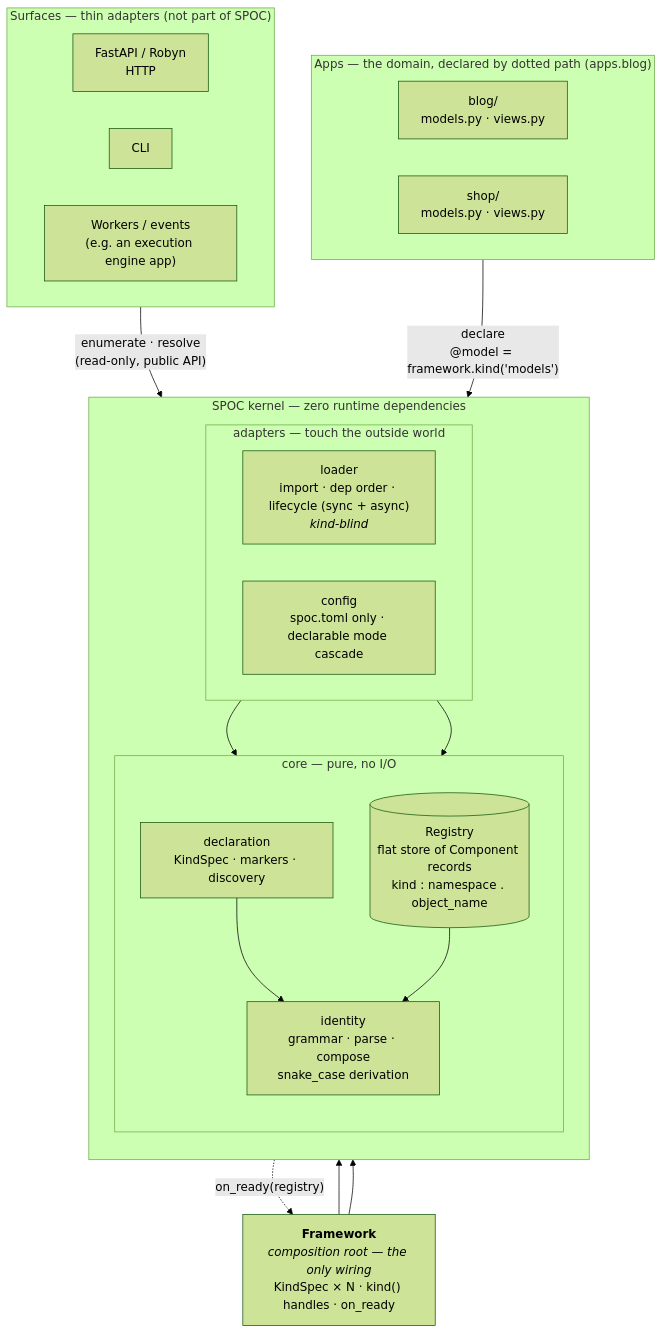
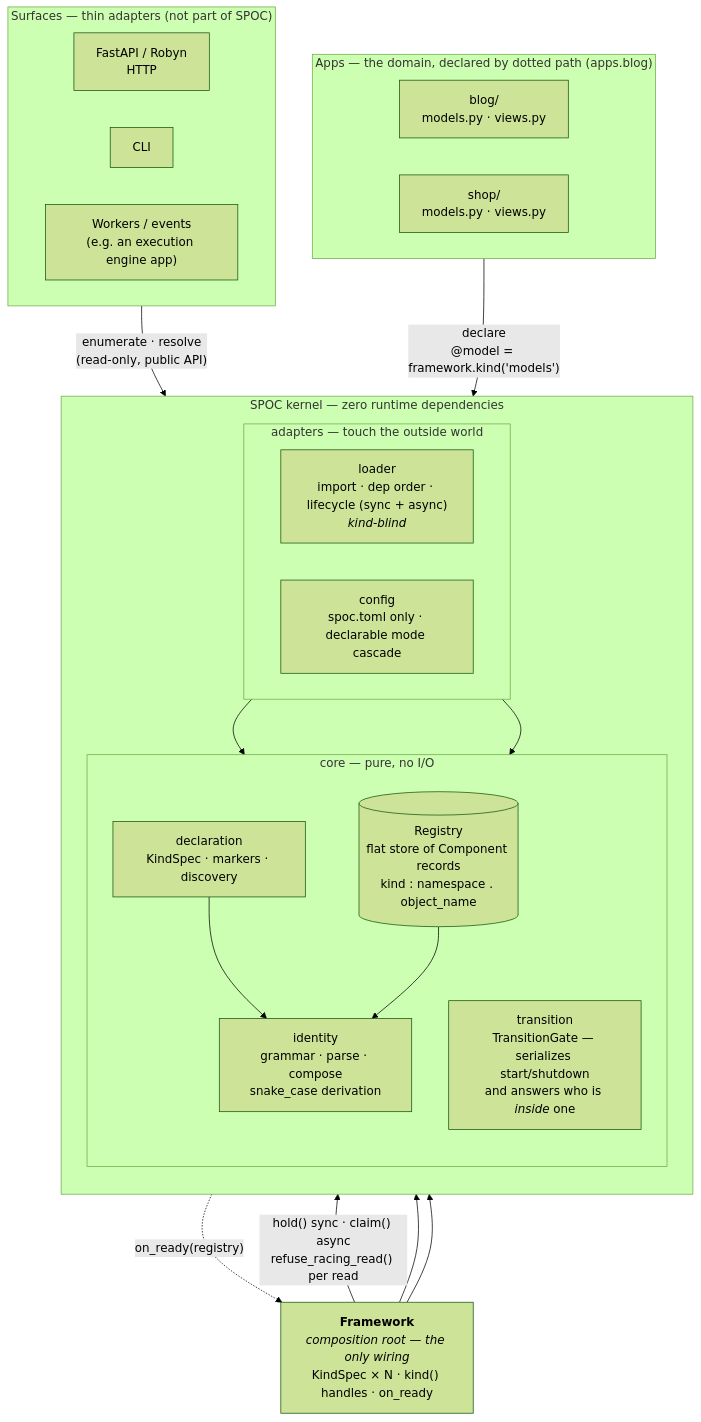
One commit to hlop3z/spoc changed the first of 9 diagrams in docs/architecture/kernel.md. Above: the diagram before and after it, drawn with Mermaid (forest theme). The commit also changed other lines of this file and 7 other files, not shown here.

````diff
--- a/docs/architecture/kernel.md
+++ b/docs/architecture/kernel.md
@@ -25,45 +25,47 @@
 ```mermaid
 flowchart TB
     subgraph surfaces ["Surfaces — thin adapters (not part of SPOC)"]
         direction LR
         fastapi["FastAPI / Robyn<br/>HTTP"]
         cli["CLI"]
         workers["Workers / events<br/>(e.g. an execution engine app)"]
     end
 
     root["<b>Framework</b><br/><i>composition root — the only wiring</i><br/>KindSpec × N · kind() handles · on_ready"]
 
     subgraph kernel ["SPOC kernel — zero runtime dependencies"]
         direction TB
 
         subgraph core ["core — pure, no I/O"]
             direction TB
             identity["identity<br/>grammar · parse · compose<br/>snake_case derivation"]
             declaration["declaration<br/>KindSpec · markers · discovery"]
             registry[("Registry<br/>flat store of Component records<br/>kind : namespace . object_name")]
+            transition["transition<br/>TransitionGate — serializes start/shutdown<br/>and answers who is <i>inside</i> one"]
         end
 
         subgraph adapters ["adapters — touch the outside world"]
             direction LR
             loader["loader<br/>import · dep order · lifecycle (sync + async)<br/><i>kind-blind</i>"]
             config["config<br/>spoc.toml only · declarable mode cascade"]
         end
     end
 
     subgraph apps ["Apps — the domain, declared by dotted path (apps.blog)"]
         direction LR
         blog["blog/<br/>models.py · views.py"]
         shop["shop/<br/>models.py · views.py"]
     end
 
     declaration --> identity
     registry --> identity
     loader --> core
     config --> core
     root --> core
     root --> adapters
+    root -- "hold() sync · claim() async<br/>refuse_racing_read() per read" --> transition
     registry -. "on_ready(registry)" .-> root
 
     surfaces -- "enumerate · resolve<br/>(read-only, public API)" --> registry
     apps -- "declare<br/>@model = framework.kind('models')" --> declaration
 ```
````
